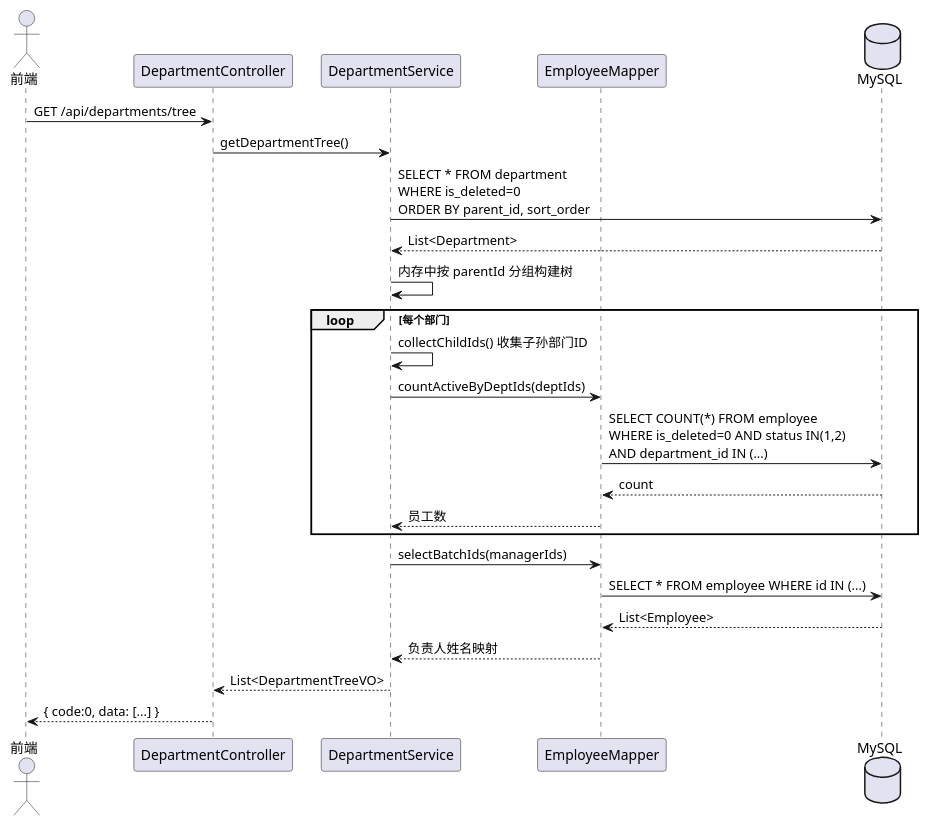
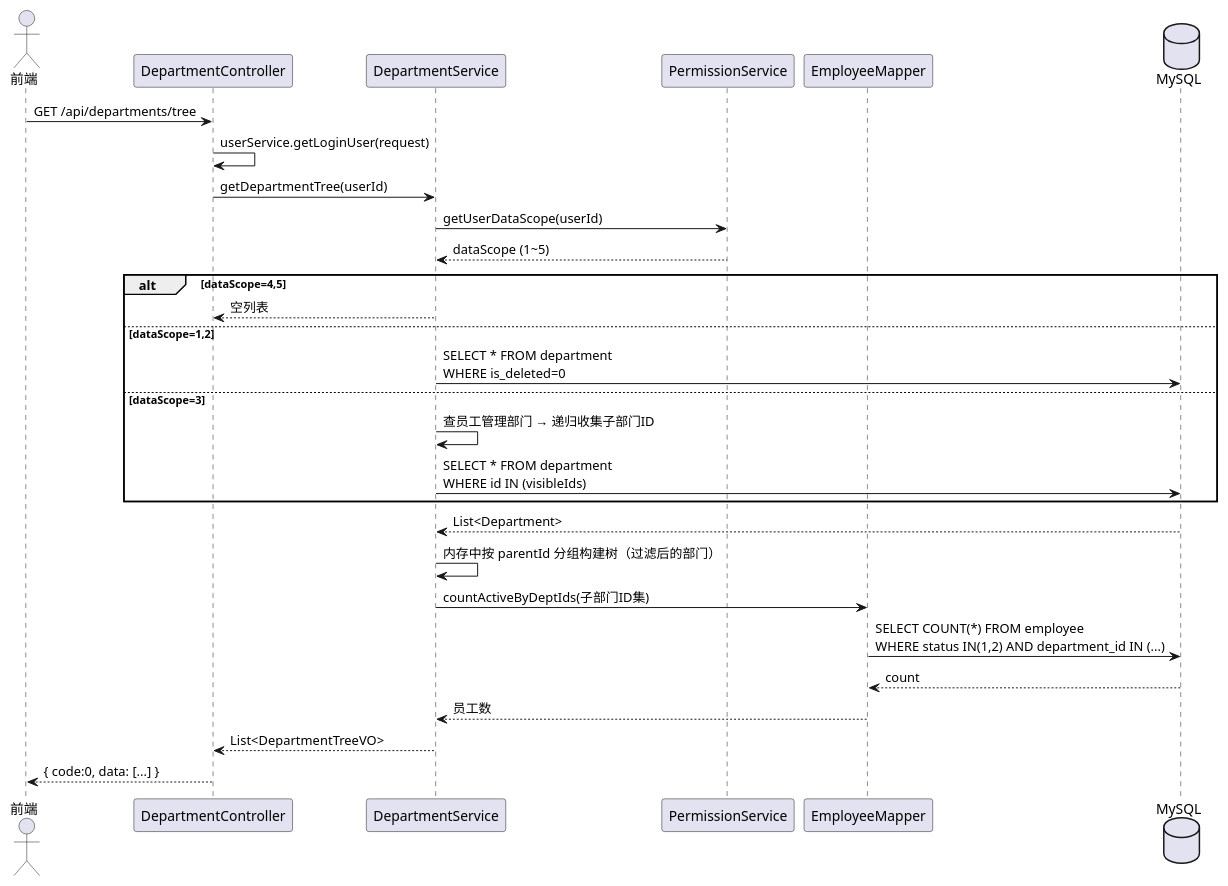
One commit to code-lzn/HRMS-backend changed the first of 2 diagrams in HRMS-后端-组织架构.md. Above: the diagram before and after it, drawn with PlantUML. The commit also changed other lines of this file and 6 other files, not shown here.

````diff
--- a/HRMS-后端-组织架构.md
+++ b/HRMS-后端-组织架构.md
@@ -627,31 +693,34 @@
 ```plantuml
 @startuml
 actor 前端
 participant "DepartmentController" as DC
 participant "DepartmentService" as DS
+participant "PermissionService" as PS
 participant "EmployeeMapper" as EM
 database "MySQL" as DB
 
 前端 -> DC: GET /api/departments/tree
-DC -> DS: getDepartmentTree()
-DS -> DB: SELECT * FROM department\nWHERE is_deleted=0\nORDER BY parent_id, sort_order
-DB --> DS: List<Department>
-DS -> DS: 内存中按 parentId 分组构建树
+DC -> DC: userService.getLoginUser(request)
+DC -> DS: getDepartmentTree(userId)
+DS -> PS: getUserDataScope(userId)
+PS --> DS: dataScope (1~5)
 
-loop 每个部门
-    DS -> DS: collectChildIds() 收集子孙部门ID
-    DS -> EM: countActiveByDeptIds(deptIds)
-    EM -> DB: SELECT COUNT(*) FROM employee\nWHERE is_deleted=0 AND status IN(1,2)\nAND department_id IN (...)
-    DB --> EM: count
-    EM --> DS: 员工数
+alt dataScope=4,5
+    DS --> DC: 空列表
+else dataScope=1,2
+    DS -> DB: SELECT * FROM department\nWHERE is_deleted=0
+else dataScope=3
+    DS -> DS: 查员工管理部门 → 递归收集子部门ID
+    DS -> DB: SELECT * FROM department\nWHERE id IN (visibleIds)
 end
 
-DS -> EM: selectBatchIds(managerIds)
-EM -> DB: SELECT * FROM employee WHERE id IN (...)
-DB --> EM: List<Employee>
-EM --> DS: 负责人姓名映射
-
+DB --> DS: List<Department>
+DS -> DS: 内存中按 parentId 分组构建树（过滤后的部门）
+DS -> EM: countActiveByDeptIds(子部门ID集)
+EM -> DB: SELECT COUNT(*) FROM employee\nWHERE status IN(1,2) AND department_id IN (...)
+DB --> EM: count
+EM --> DS: 员工数
 DS --> DC: List<DepartmentTreeVO>
 DC --> 前端: { code:0, data: [...] }
 @enduml
 ```
````
